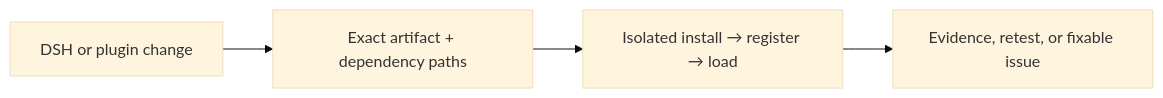
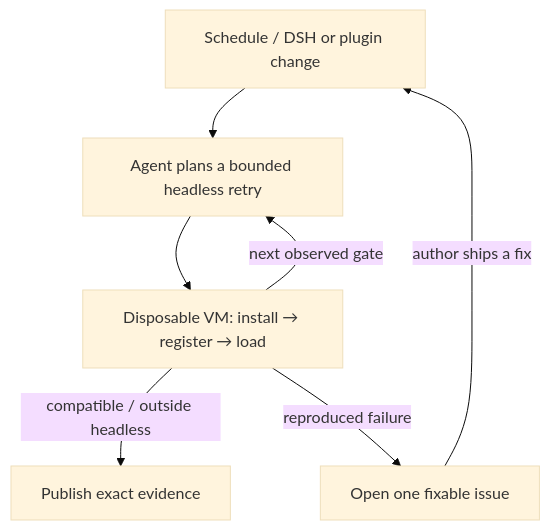
One commit to MicroMilo/upstream-radar changed the diagram in README.md. Above: the diagram before and after it, drawn with Mermaid (base theme). The commit also changed other lines of this file and 1 other file, not shown here.

````diff
--- a/README.md
+++ b/README.md
@@ -49,6 +49,9 @@
 ```mermaid
-flowchart LR
-  Change["DSH or plugin change"] --> Graph["Exact artifact + dependency paths"]
-  Graph --> Runtime["Isolated install → register → load"]
-  Runtime --> Result["Evidence, retest, or fixable issue"]
+flowchart TB
+  Change["Schedule / DSH or plugin change"] --> Agent["Agent plans a bounded headless retry"]
+  Agent --> Runtime["Disposable VM: install → register → load"]
+  Runtime -->|"next observed gate"| Agent
+  Runtime -->|"compatible / outside headless"| Evidence["Publish exact evidence"]
+  Runtime -->|"reproduced failure"| Issue["Open one fixable issue"]
+  Issue -->|"author ships a fix"| Change
 ```
````
